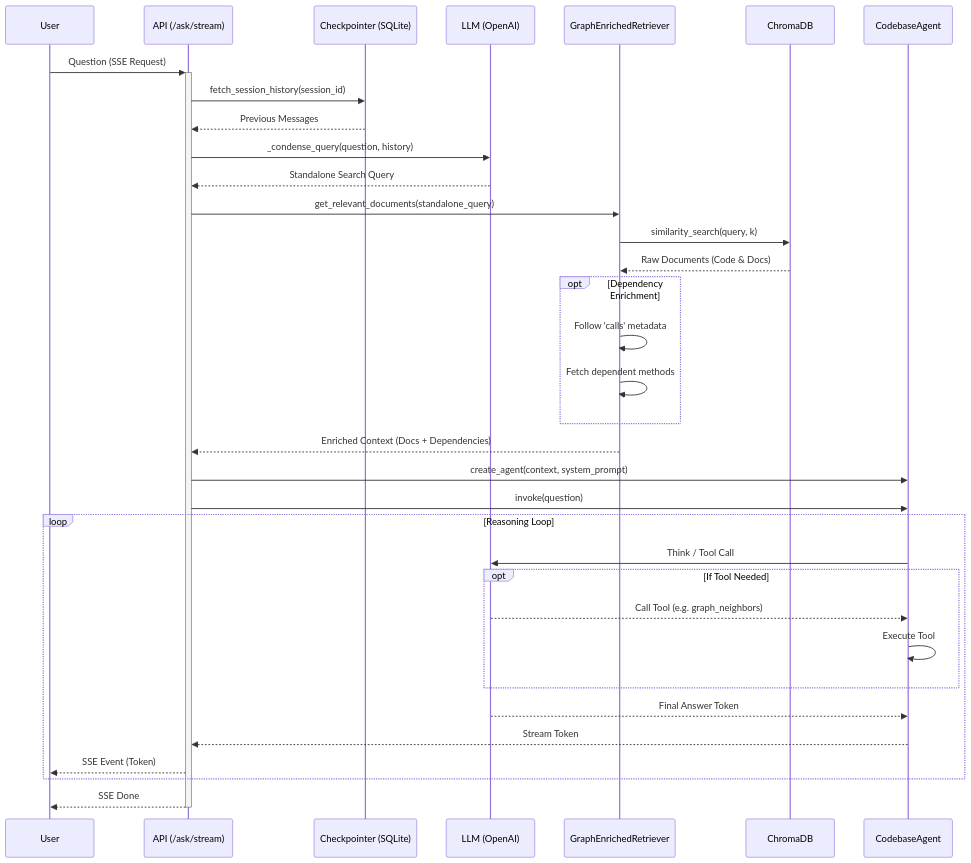
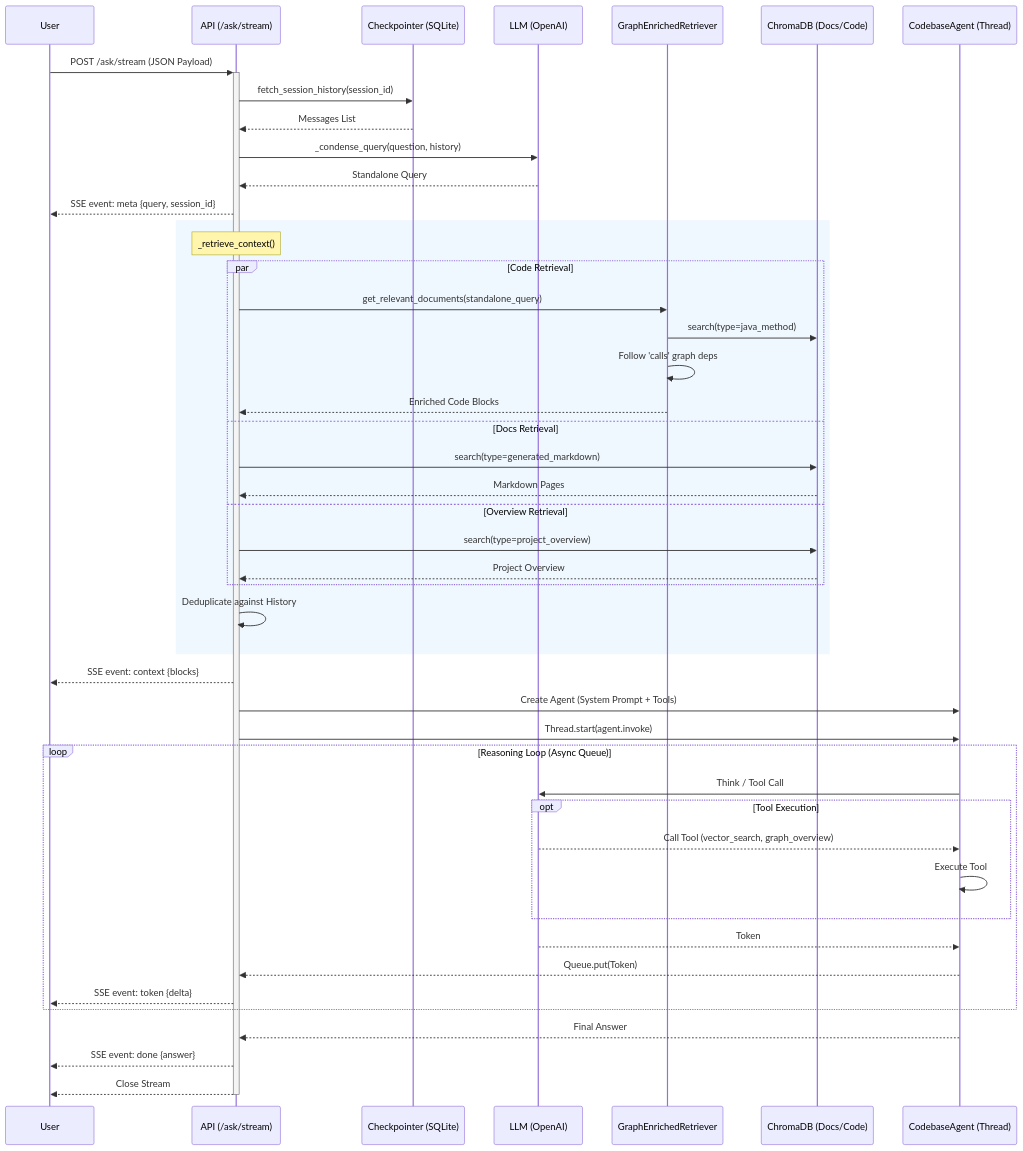
One commit to cyberbobjr/open-deepwiki changed the seventh of 7 diagrams in ARCHITECTURE.md. Above: the diagram before and after it, drawn with Mermaid. The commit also changed other lines of this file, not shown here.

Commit message:
docs: Mettre à jour la documentation de l'architecture pour détailler le flux de requête SSE, la récupération hybride du contexte et l'exécution de l'agent en mode threadé.

````diff
--- a/ARCHITECTURE.md
+++ b/ARCHITECTURE.md
@@ -411,49 +414,61 @@
 ```mermaid
 sequenceDiagram
     participant User
     participant API as API (/ask/stream)
     participant Hist as Checkpointer (SQLite)
     participant LLM as LLM (OpenAI)
     participant Ret as GraphEnrichedRetriever
-    participant VDB as ChromaDB
-    participant Agent as CodebaseAgent
+    participant VDB as ChromaDB (Docs/Code)
+    participant Agent as CodebaseAgent (Thread)
 
-    User->>+API: Question (SSE Request)
+    User->>+API: POST /ask/stream (JSON Payload)
     
-    %% 1. Context Loading
+    %% 1. History & Condensation
     API->>Hist: fetch_session_history(session_id)
-    Hist-->>API: Previous Messages
+    Hist-->>API: Messages List
+    API->>LLM: _condense_query(question, history)
+    LLM-->>API: Standalone Query
+    
+    API-->>User: SSE event: meta {query, session_id}
 
-    %% 2. Query Refinement
-    API->>LLM: _condense_query(question, history)
-    LLM-->>API: Standalone Search Query
-    
-    %% 3. Retrieval (RAG)
-    API->>Ret: get_relevant_documents(standalone_query)
-    Ret->>VDB: similarity_search(query, k)
-    VDB-->>Ret: Raw Documents (Code & Docs)
-    
-    opt Dependency Enrichment
-        Ret->>Ret: Follow 'calls' metadata
-        Ret->>Ret: Fetch dependent methods
+    %% 2. Hybrid Retrieval
+    rect rgb(240, 248, 255)
+        Note over API: _retrieve_context()
+        
+        par Code Retrieval
+            API->>Ret: get_relevant_documents(standalone_query)
+            Ret->>VDB: search(type=java_method)
+            Ret->>Ret: Follow 'calls' graph deps
+            Ret-->>API: Enriched Code Blocks
+        and Docs Retrieval
+            API->>VDB: search(type=generated_markdown)
+            VDB-->>API: Markdown Pages
+        and Overview Retrieval
+            API->>VDB: search(type=project_overview)
+            VDB-->>API: Project Overview
+        end
+        
+        API->>API: Deduplicate against History
+    end
+
+    API-->>User: SSE event: context {blocks}
+
+    %% 3. Agent Execution (Threaded)
+    API->>Agent: Create Agent (System Prompt + Tools)
+    API->>Agent: Thread.start(agent.invoke)
+
+    loop Reasoning Loop (Async Queue)
+        Agent->>LLM: Think / Tool Call
+        opt Tool Execution
+            LLM-->>Agent: Call Tool (vector_search, graph_overview)
+            Agent->>Agent: Execute Tool
+        end
+        LLM-->>Agent: Token
+        Agent-->>API: Queue.put(Token)
+        API-->>User: SSE event: token {delta}
     end
     
-    Ret-->>API: Enriched Context (Docs + Dependencies)
-
-    %% 4. Agent Execution
-    API->>Agent: create_agent(context, system_prompt)
-    API->>Agent: invoke(question)
-    
-    loop Reasoning Loop
-        Agent->>LLM: Think / Tool Call
-        opt If Tool Needed
-            LLM-->>Agent: Call Tool (e.g. graph_neighbors)
-            Agent->>Agent: Execute Tool
-        end
-        LLM-->>Agent: Final Answer Token
-        Agent-->>API: Stream Token
-        API-->>User: SSE Event (Token)
-    end
-    
-    API-->>-User: SSE Done
+    Agent-->>API: Final Answer
+    API-->>User: SSE event: done {answer}
+    API-->>-User: Close Stream
 ```
````
